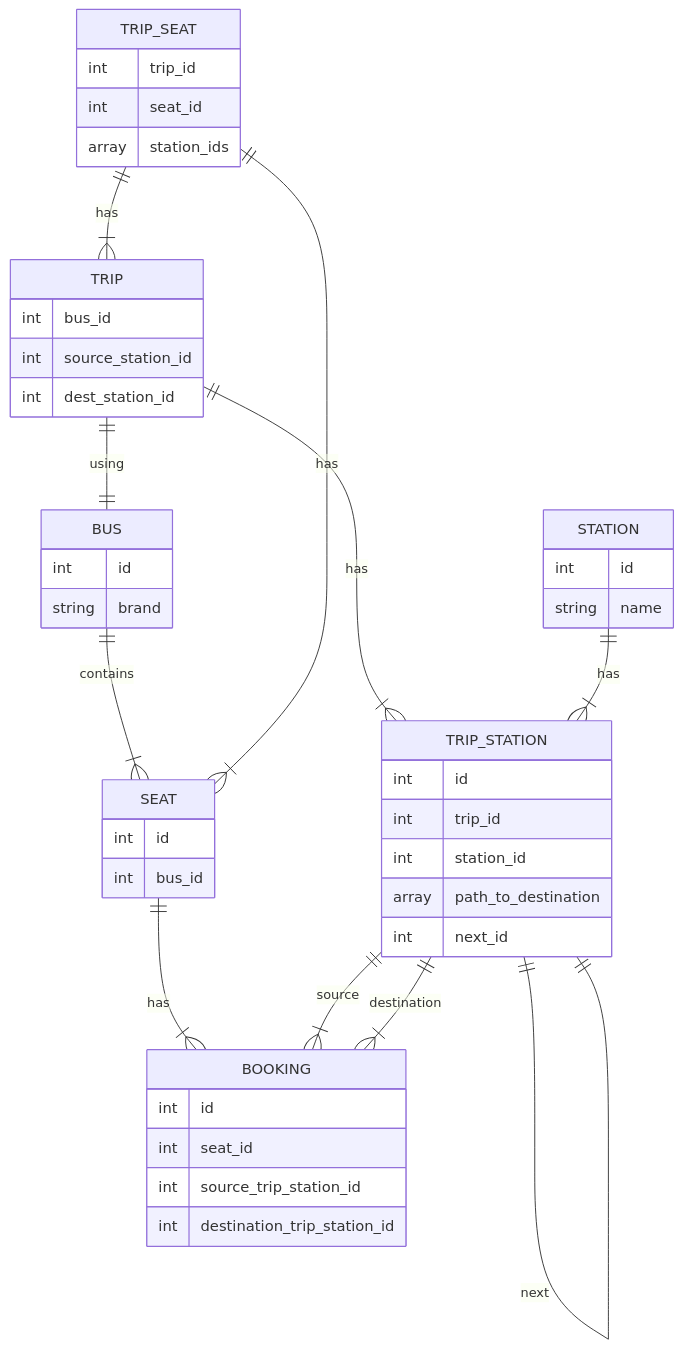
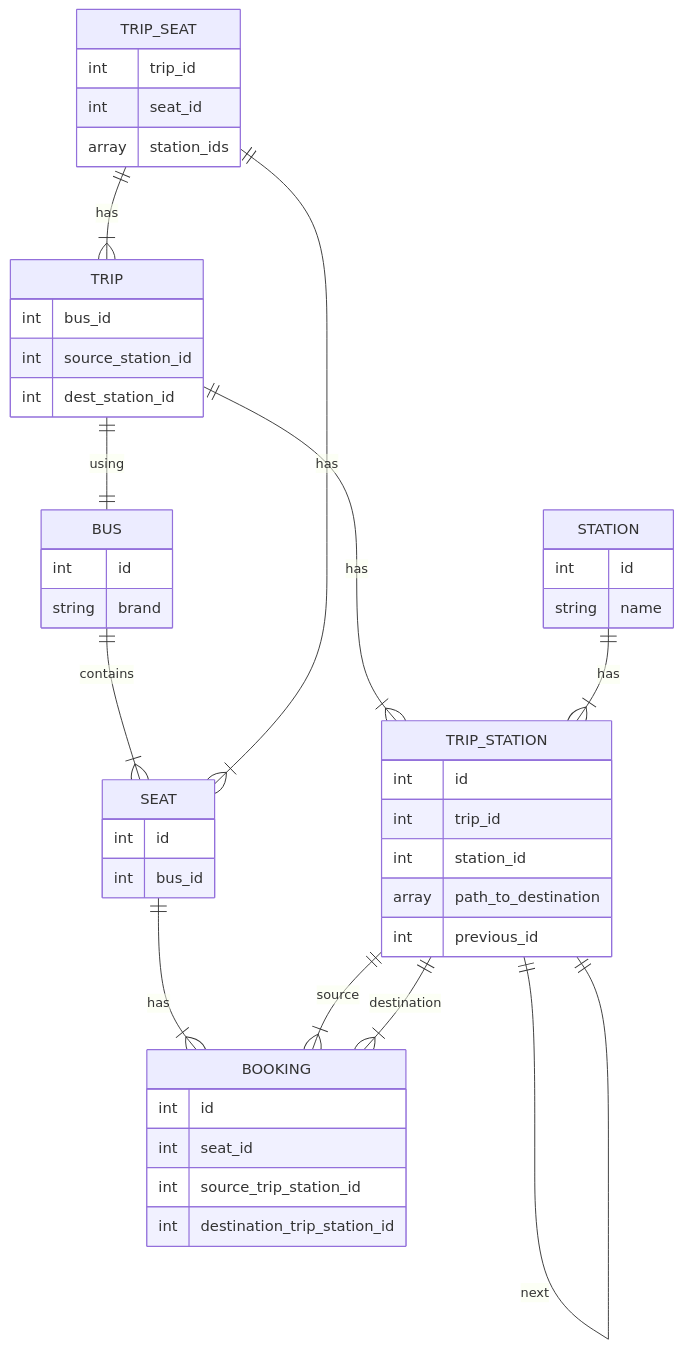
Before and after one commit to ahmedsaeedsaid/bus-booking-system: the diagram in README.md, drawn with Mermaid. The commit also changed 11 other files, not shown here.

````diff
--- a/README.md
+++ b/README.md
@@ -15,57 +15,57 @@
 ```mermaid
 erDiagram
 
     BUS {
         int id
         string brand
     }
     
     SEAT {
         int id
         int bus_id
     }
     
     STATION {
         int id
         string name
     }
     
     TRIP {
         int bus_id
         int source_station_id
         int dest_station_id
     }
     
     TRIP_STATION {
         int id
         int trip_id
         int station_id
         array path_to_destination
-        int next_id
+        int previous_id
     }
     
     TRIP_SEAT {
         int trip_id
         int seat_id
         array station_ids
     }
     
     BOOKING {
         int id
         int seat_id
         int source_trip_station_id
         int destination_trip_station_id
     }
     
     BUS ||--|{ SEAT : contains
     TRIP ||--|{ TRIP_STATION : has
     STATION ||--|{ TRIP_STATION : has
     TRIP ||--|| BUS : using
     SEAT ||--|{ BOOKING : has
     TRIP_SEAT ||--|{ TRIP : has
     TRIP_SEAT ||--|{ SEAT : has
     TRIP_STATION ||--|{ BOOKING : source
     TRIP_STATION ||--|{ BOOKING : destination
     TRIP_STATION ||--|| TRIP_STATION : next
 
 ```
````
